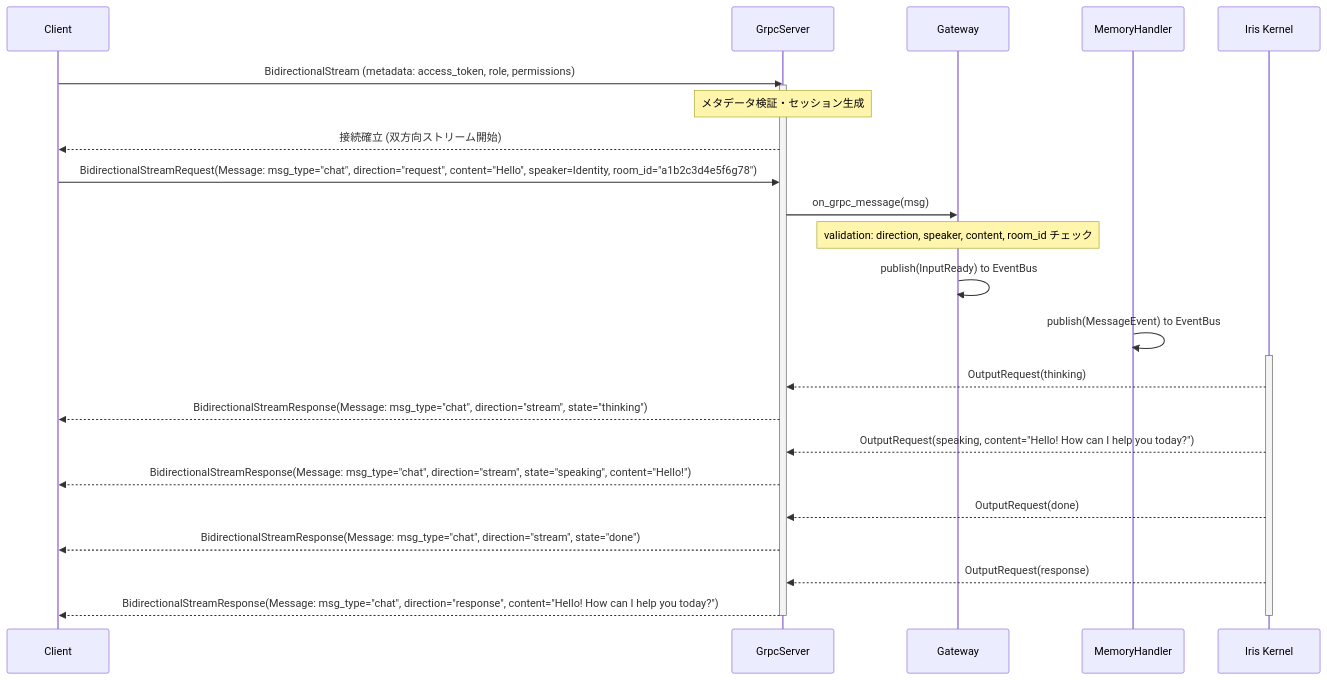
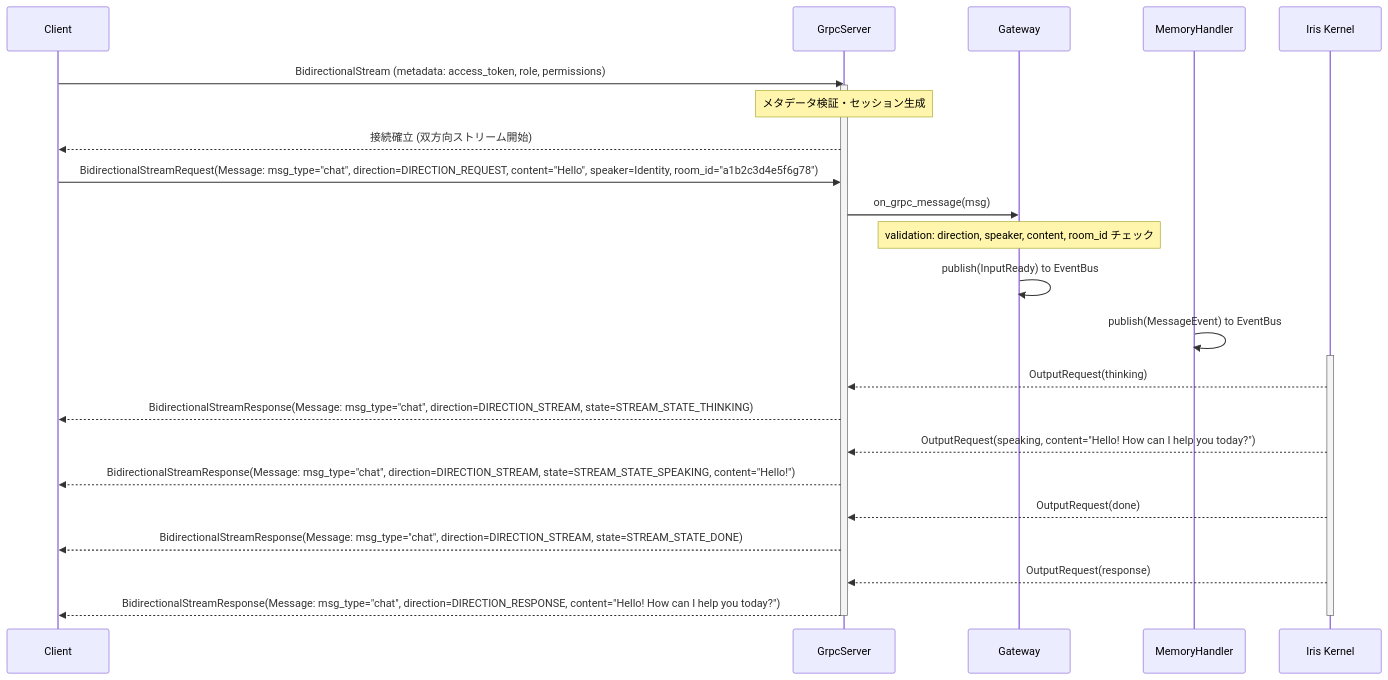
Before and after one commit to ibukani/iris-mind: the second of 6 diagrams in docs/external/protocol-flows.md, drawn with Mermaid. The commit also changed other lines of this file and 8 other files, not shown here.

Commit message:
feat: protoにDirection/StreamState enum追加 + Message.account_id追加 + ドキュメント同期

````diff
--- a/docs/external/protocol-flows.md
+++ b/docs/external/protocol-flows.md
@@ -76,30 +76,30 @@
 ```mermaid
 sequenceDiagram
     participant Client
     participant Server as GrpcServer
     participant GW as Gateway
     participant Handler as MemoryHandler
     participant Kernel as Iris Kernel
 
     Client->>Server: BidirectionalStream (metadata: access_token, role, permissions)
     activate Server
     Note over Server: メタデータ検証・セッション生成
     Server-->>Client: 接続確立 (双方向ストリーム開始)
 
-    Client->>Server: BidirectionalStreamRequest(Message: msg_type="chat", direction="request", content="Hello", speaker=Identity, room_id="a1b2c3d4e5f6g78")
+    Client->>Server: BidirectionalStreamRequest(Message: msg_type="chat", direction=DIRECTION_REQUEST, content="Hello", speaker=Identity, room_id="a1b2c3d4e5f6g78")
     Server->>GW: on_grpc_message(msg)
     Note over GW: validation: direction, speaker, content, room_id チェック
     GW->>GW: publish(InputReady) to EventBus
     Handler->>Handler: publish(MessageEvent) to EventBus
     activate Kernel
     Kernel-->>Server: OutputRequest(thinking)
-    Server-->>Client: BidirectionalStreamResponse(Message: msg_type="chat", direction="stream", state="thinking")
+    Server-->>Client: BidirectionalStreamResponse(Message: msg_type="chat", direction=DIRECTION_STREAM, state=STREAM_STATE_THINKING)
     Kernel-->>Server: OutputRequest(speaking, content="Hello! How can I help you today?")
-    Server-->>Client: BidirectionalStreamResponse(Message: msg_type="chat", direction="stream", state="speaking", content="Hello!")
+    Server-->>Client: BidirectionalStreamResponse(Message: msg_type="chat", direction=DIRECTION_STREAM, state=STREAM_STATE_SPEAKING, content="Hello!")
     Kernel-->>Server: OutputRequest(done)
-    Server-->>Client: BidirectionalStreamResponse(Message: msg_type="chat", direction="stream", state="done")
+    Server-->>Client: BidirectionalStreamResponse(Message: msg_type="chat", direction=DIRECTION_STREAM, state=STREAM_STATE_DONE)
     Kernel-->>Server: OutputRequest(response)
-    Server-->>Client: BidirectionalStreamResponse(Message: msg_type="chat", direction="response", content="Hello! How can I help you today?")
+    Server-->>Client: BidirectionalStreamResponse(Message: msg_type="chat", direction=DIRECTION_RESPONSE, content="Hello! How can I help you today?")
     deactivate Kernel
     deactivate Server
 ```
````
